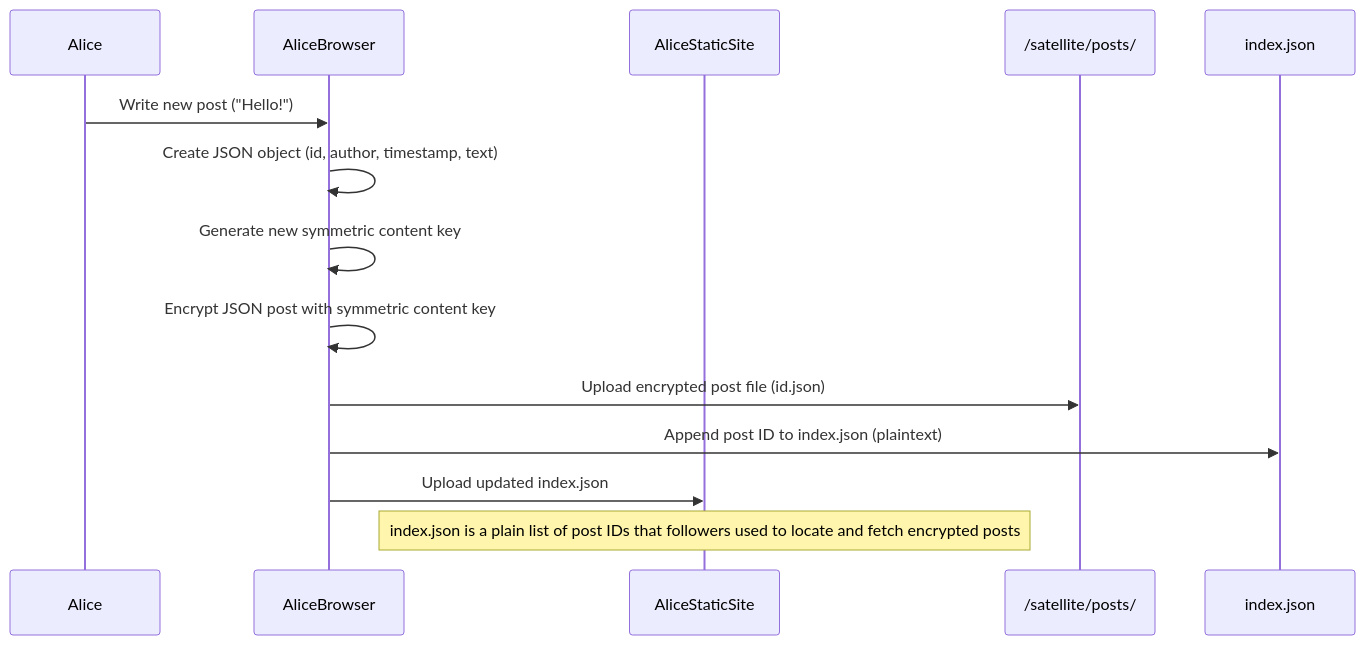
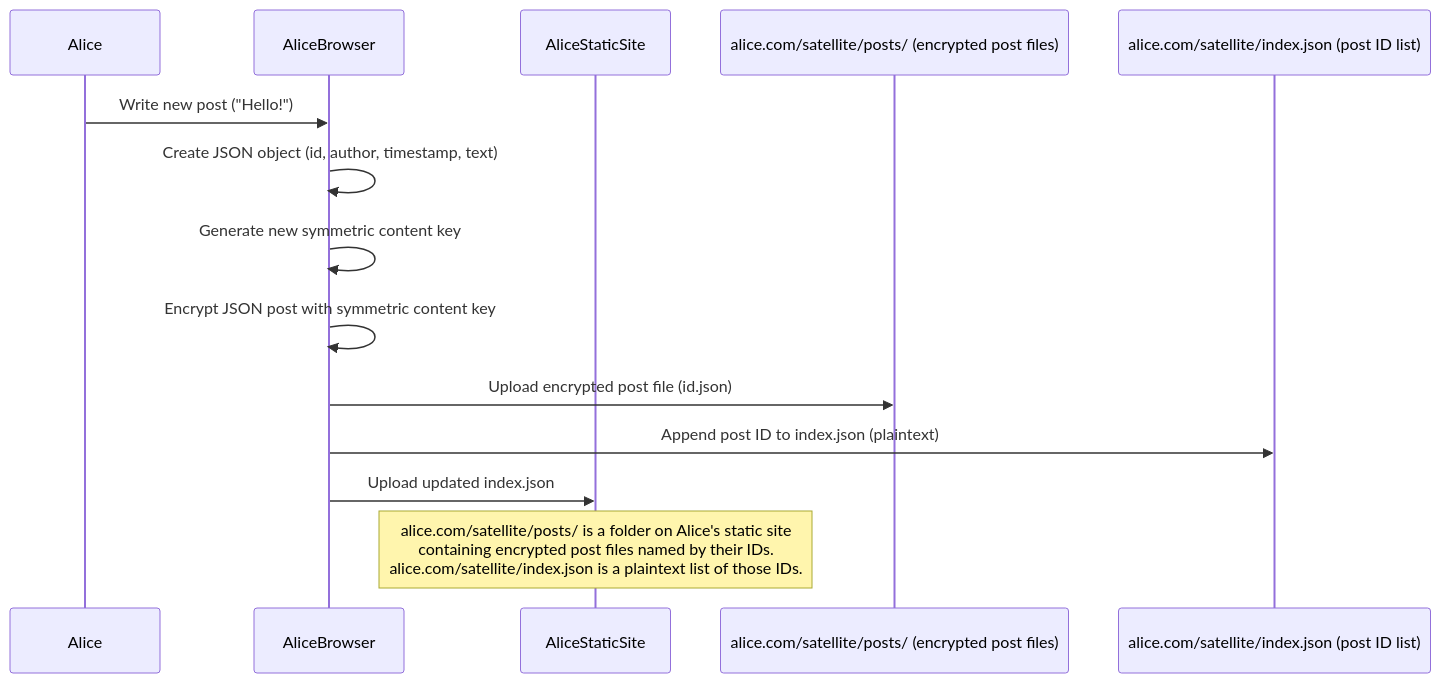
One commit to gargster/ELEC4712_Decentralised_Blog changed the seventh of 12 diagrams in alternatives.md. Above: the diagram before and after it, drawn with Mermaid. The commit also changed other lines of this file, not shown here.

Commit message:
modified sequence diagram actors for clarity (s@)

````diff
--- a/alternatives.md
+++ b/alternatives.md
@@ -131,18 +131,18 @@
 ```mermaid
 sequenceDiagram
     participant Alice
     participant AliceBrowser as AliceBrowser
     participant AliceSite as AliceStaticSite
-    participant PostsDir as /satellite/posts/
-    participant IndexFile as index.json
+    participant PostsDir as alice.com/satellite/posts/ (encrypted post files)
+    participant IndexFile as alice.com/satellite/index.json (post ID list)
 
     Alice->>AliceBrowser: Write new post ("Hello!")
     AliceBrowser->>AliceBrowser: Create JSON object (id, author, timestamp, text)
     AliceBrowser->>AliceBrowser: Generate new symmetric content key
     AliceBrowser->>AliceBrowser: Encrypt JSON post with symmetric content key
     AliceBrowser->>PostsDir: Upload encrypted post file (id.json)
     AliceBrowser->>IndexFile: Append post ID to index.json (plaintext)
     AliceBrowser->>AliceSite: Upload updated index.json
 
-    Note over AliceSite: index.json is a plain list of post IDs that followers used to locate and fetch encrypted posts
+    Note over AliceSite: alice.com/satellite/posts/ is a folder on Alice's static site<br>containing encrypted post files named by their IDs.<br>alice.com/satellite/index.json is a plaintext list of those IDs.
 ```
````
